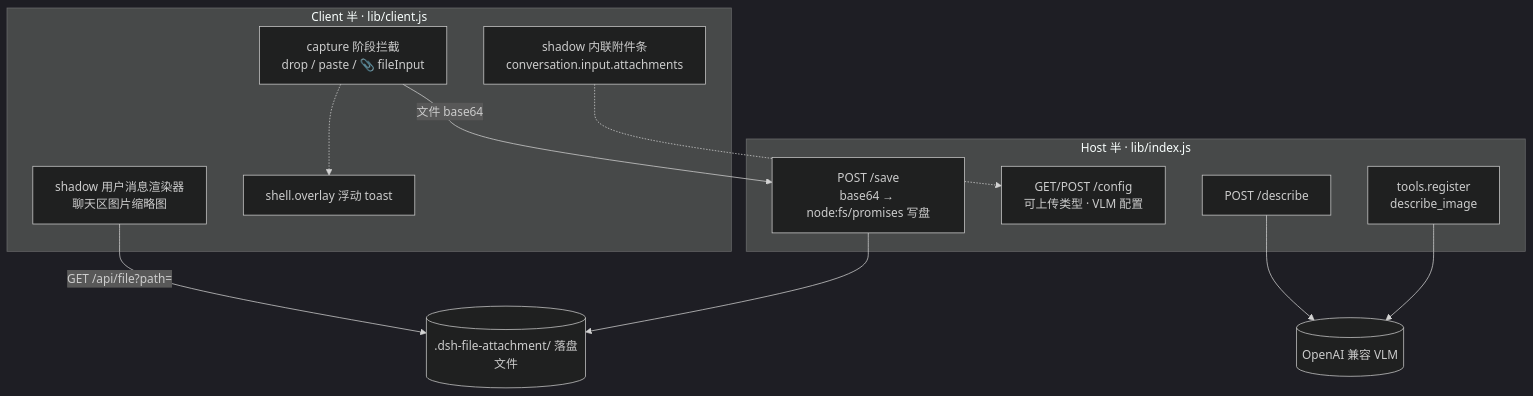
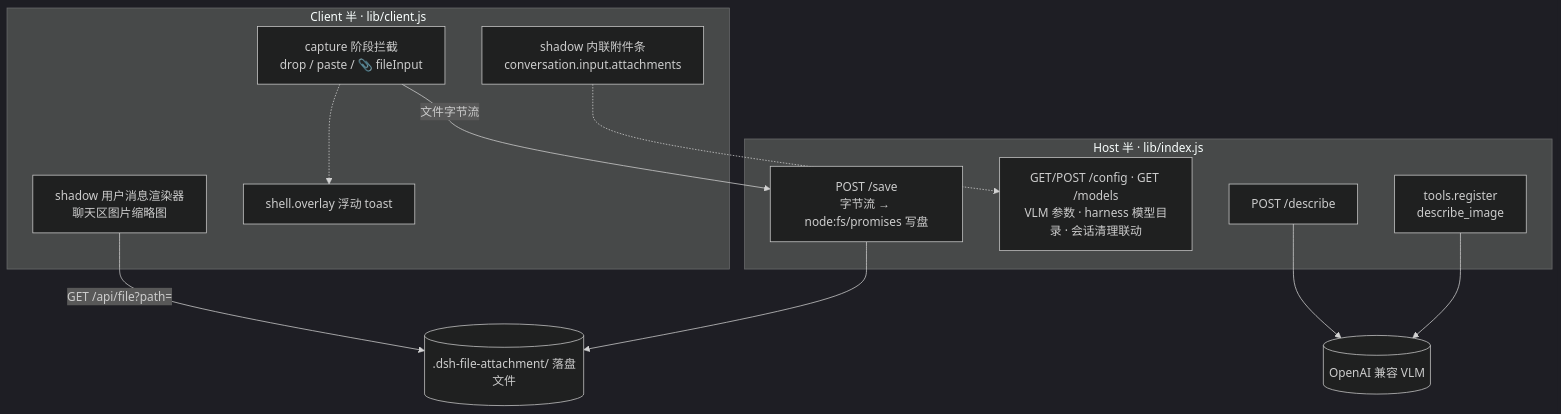
One commit to xinstart-1/dsh-files-fallback changed the second of 2 diagrams in README.md. Above: the diagram before and after it, drawn with Mermaid (dark theme). The commit also changed other lines of this file and 3 other files, not shown here.

````diff
--- a/README.md
+++ b/README.md
@@ -161,23 +170,23 @@
 ```mermaid
 flowchart TB
     subgraph client["Client 半 · lib/client.js"]
         C1["capture 阶段拦截<br/>drop / paste / 📎 fileInput"]
         C2["shadow 内联附件条<br/>conversation.input.attachments"]
         C3["shadow 用户消息渲染器<br/>聊天区图片缩略图"]
         C4["shell.overlay 浮动 toast"]
     end
     subgraph host["Host 半 · lib/index.js"]
-        H1["POST /save<br/>base64 → node:fs/promises 写盘"]
-        H2["GET/POST /config<br/>可上传类型 · VLM 配置"]
+        H1["POST /save<br/>字节流 → node:fs/promises 写盘"]
+        H2["GET/POST /config · GET /models<br/>VLM 参数 · harness 模型目录 · 会话清理联动"]
         H3["POST /describe"]
         H4["tools.register<br/>describe_image"]
     end
     VLM[("OpenAI 兼容 VLM")]
-    C1 -- "文件 base64" --> H1
+    C1 -- "文件字节流" --> H1
     C2 -.-> H2
     C1 -.-> C4
     H3 --> VLM
     H4 --> VLM
     C3 -- "GET /api/file?path=" --> FS[(".dsh-file-attachment/ 落盘文件")]
     H1 --> FS
 ```
````
